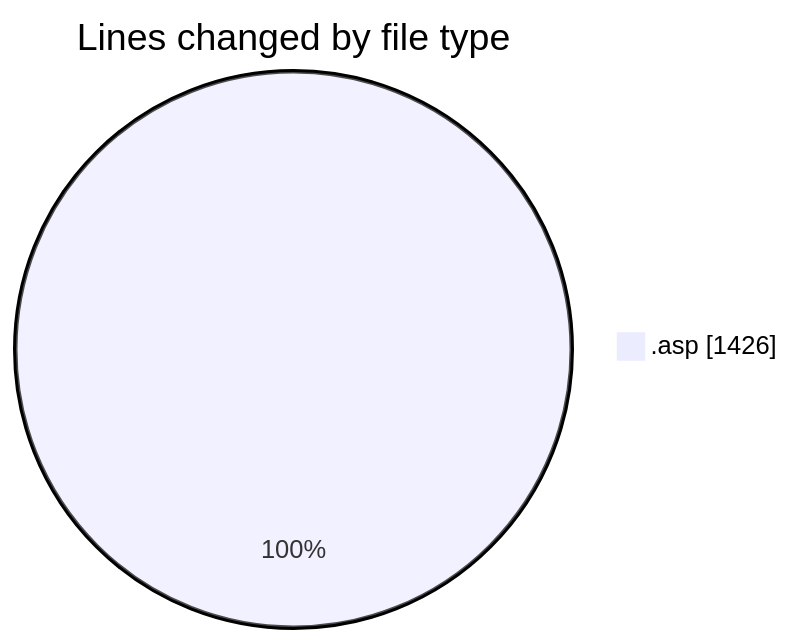
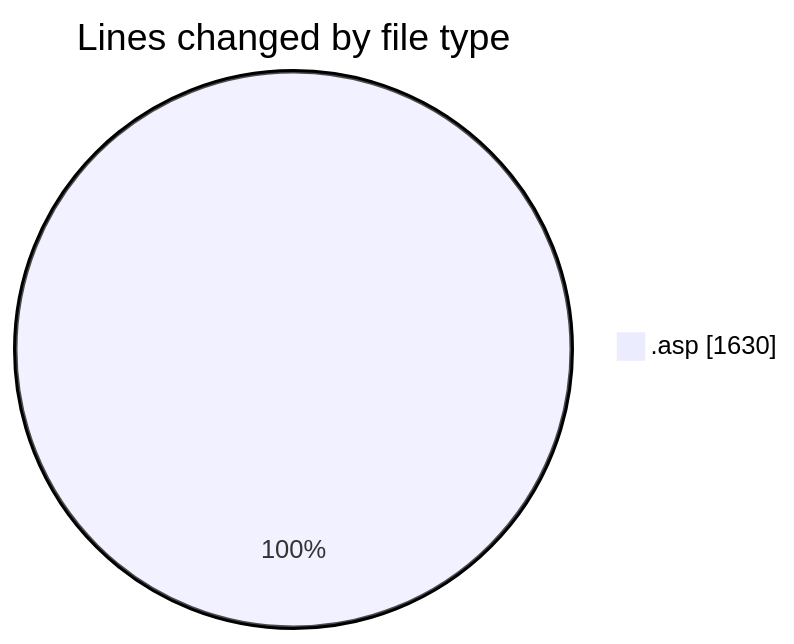
One commit to julien-gomy/code-tracking changed the first of 2 diagrams in 2025-11-23/cdp_aleoudev_fr__workspace_/README.md. Above: the diagram before and after it, drawn with Mermaid. The commit also changed other lines of this file and 1 other file, not shown here.

````diff
--- a/2025-11-23/cdp_aleoudev_fr__workspace_/README.md
+++ b/2025-11-23/cdp_aleoudev_fr__workspace_/README.md
@@ -22,5 +23,5 @@
 ```mermaid
 pie showData
 title Lines changed by file type
-".asp" : 1426
+".asp" : 1630
 ```
````
